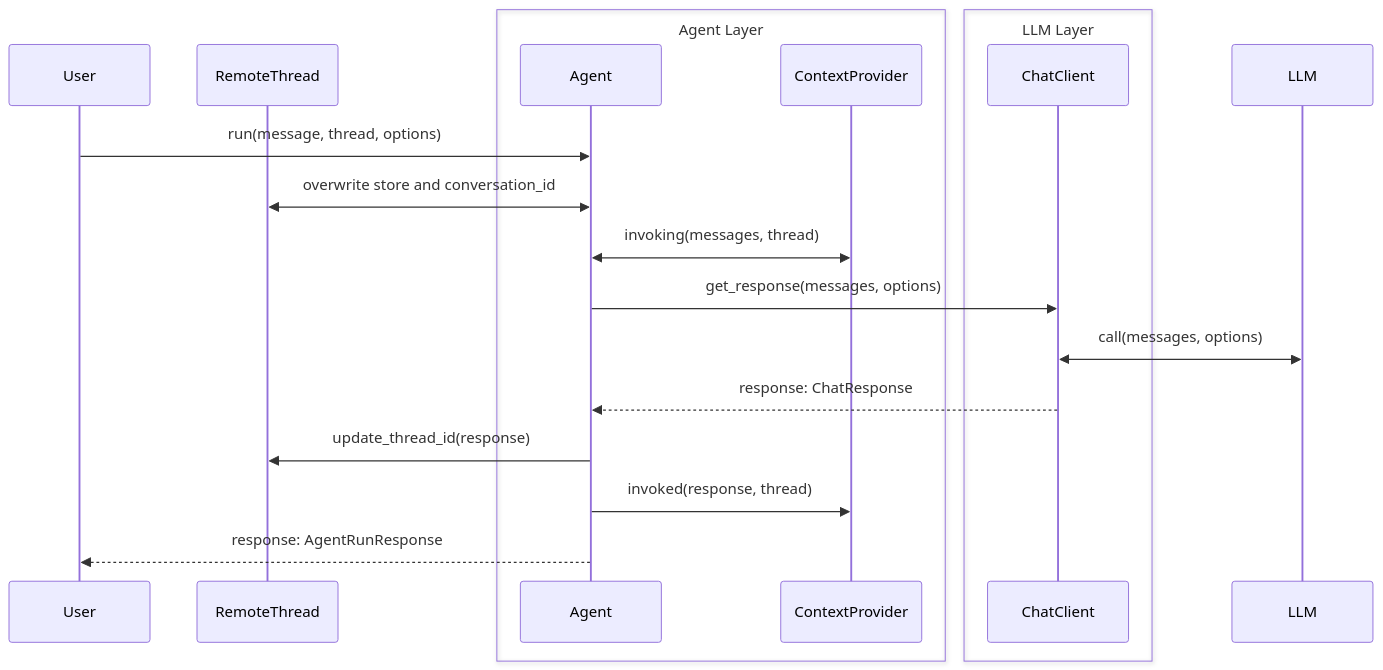
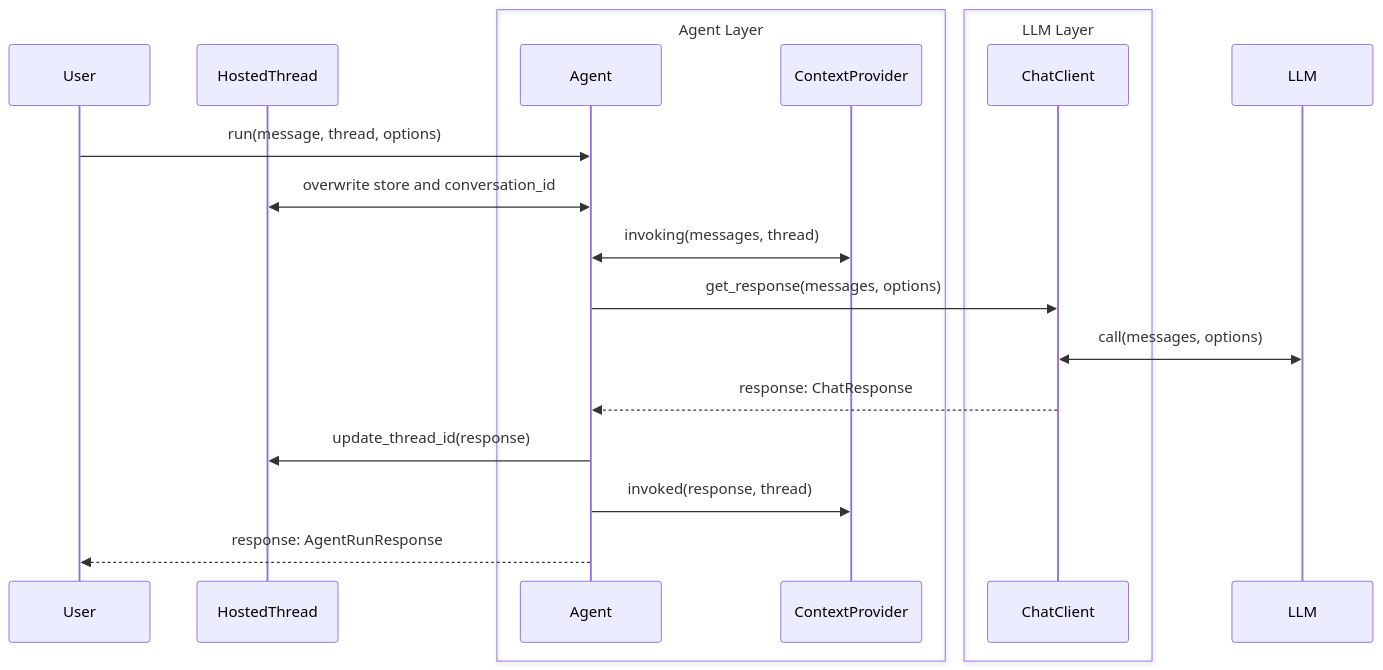
One commit to microsoft/agent-framework changed the seventh of 12 diagrams in docs/decisions/00XX-python-agent-threads.md. Above: the diagram before and after it, drawn with Mermaid. The commit also changed other lines of this file, not shown here.

````diff
--- a/docs/decisions/00XX-python-agent-threads.md
+++ b/docs/decisions/00XX-python-agent-threads.md
@@ -388,23 +1340,23 @@
 ```mermaid
 sequenceDiagram
         participant User
-        participant RemoteThread
+        participant HostedThread
     box Agent Layer
         participant Agent
         participant ContextProvider
     end
     box LLM Layer
         participant ChatClient
     end
         participant LLM
 
     User->>Agent: run(message, thread, options)
-    Agent<<->>RemoteThread: overwrite store and conversation_id
+    Agent<<->>HostedThread: overwrite store and conversation_id
     Agent<<->>ContextProvider: invoking(messages, thread)
     Agent->>ChatClient: get_response(messages, options)
     ChatClient<<->>LLM: call(messages, options)
     ChatClient-->>Agent: response: ChatResponse
-    Agent->>RemoteThread: update_thread_id(response)
+    Agent->>HostedThread: update_thread_id(response)
     Agent->>ContextProvider: invoked(response, thread)
     Agent-->>User: response: AgentRunResponse
 ```
````
